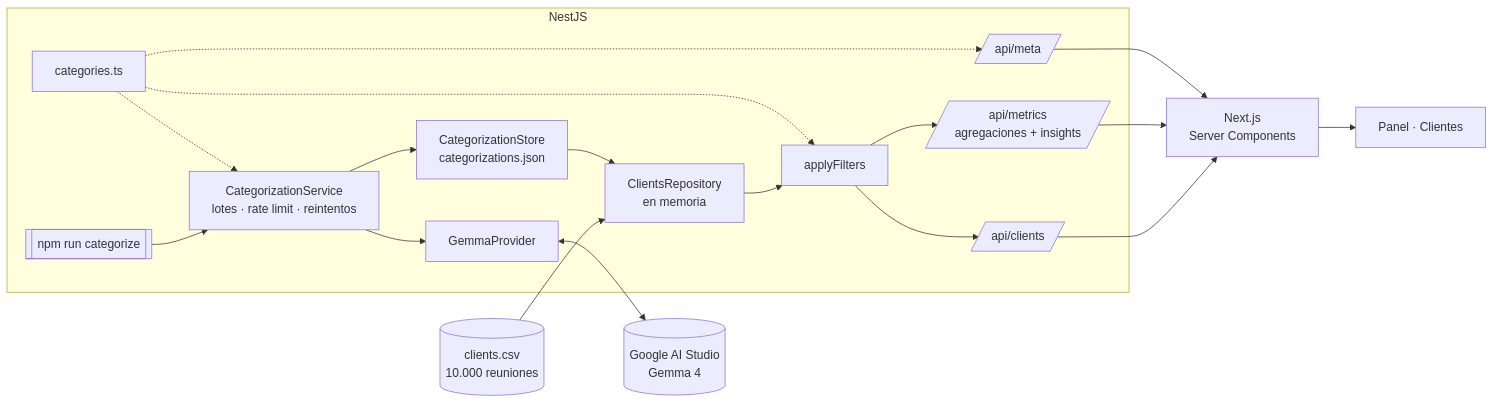
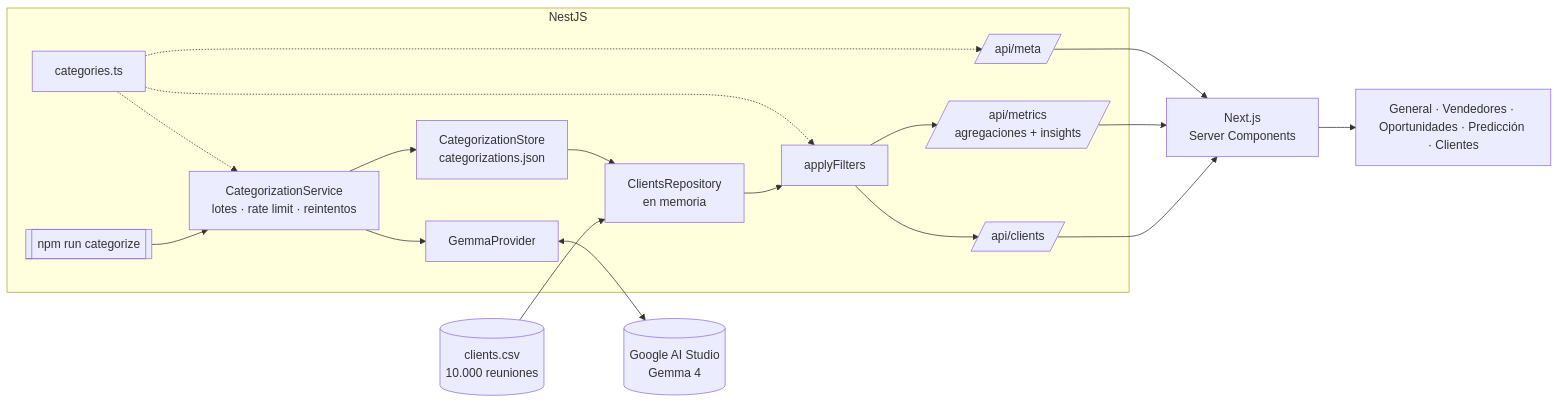
One commit to Witomi/vambe-homework changed the diagram in docs/ARCHITECTURE.md. Above: the diagram before and after it, drawn with Mermaid. The commit also changed other lines of this file and 97 other files, not shown here.

````diff
--- a/docs/ARCHITECTURE.md
+++ b/docs/ARCHITECTURE.md
@@ -5,19 +5,19 @@
 ```mermaid
 flowchart LR
   CSV[(clients.csv<br/>10.000 reuniones)] --> Repo
   subgraph Backend [NestJS]
     Repo[ClientsRepository<br/>en memoria]
     Store[CategorizationStore<br/>categorizations.json]
     CLI[[npm run categorize]] --> Svc[CategorizationService<br/>lotes · rate limit · reintentos]
     Svc --> LLM[GemmaProvider]
     Svc --> Store
     Store --> Repo
     Repo --> Filters[applyFilters]
     Filters --> Clients[/api/clients/]
     Filters --> Metrics[/api/metrics<br/>agregaciones + insights/]
     Tax[categories.ts] -.-> Svc & Filters & Meta[/api/meta/]
   end
   LLM <--> Google[(Google AI Studio<br/>Gemma 4)]
   Clients & Metrics & Meta --> Next[Next.js<br/>Server Components]
-  Next --> UI[Panel · Clientes]
+  Next --> UI[General · Vendedores · Oportunidades · Predicción · Clientes]
 ```
````
